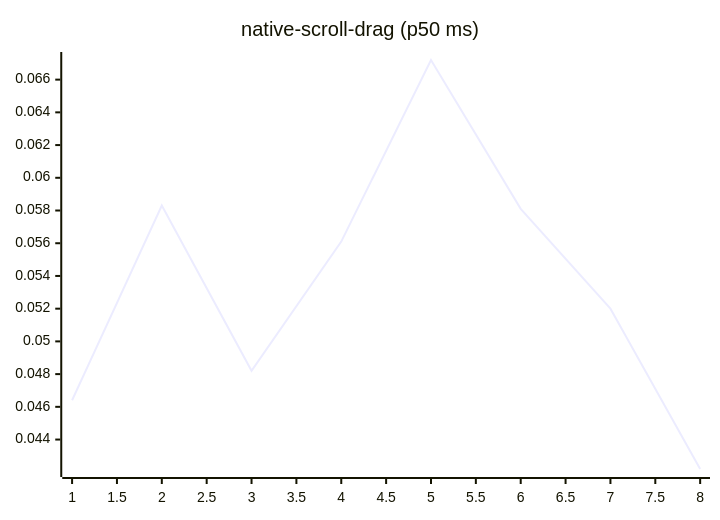
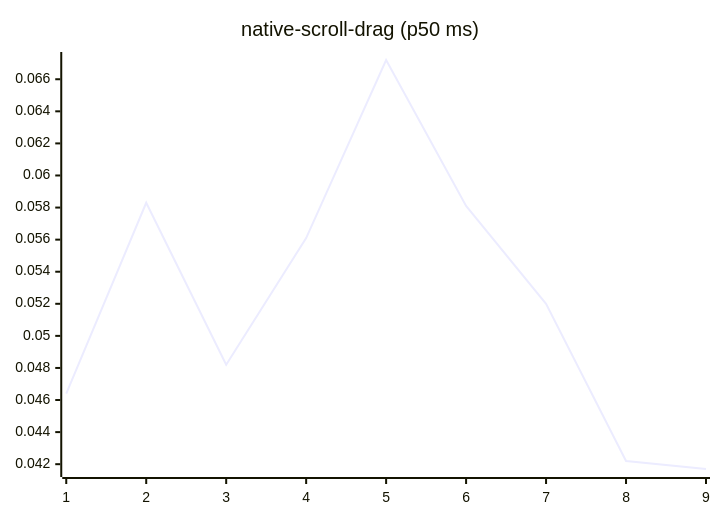
One commit to josha/Facet changed diagram 14 of 27 in README.md. Above: the diagram before and after it, drawn with Mermaid. The commit also changed other lines of this file and 2 other files, not shown here.

````diff
--- a/README.md
+++ b/README.md
@@ -154,6 +154,6 @@
 ```mermaid
 xychart-beta
     title "native-scroll-drag (p50 ms)"
-    x-axis 1 --> 8
-    line [0.0464, 0.0583, 0.0482, 0.0561, 0.0672, 0.0581, 0.0520, 0.0422]
+    x-axis 1 --> 9
+    line [0.0464, 0.0583, 0.0482, 0.0561, 0.0672, 0.0581, 0.0520, 0.0422, 0.0417]
 ```
````
